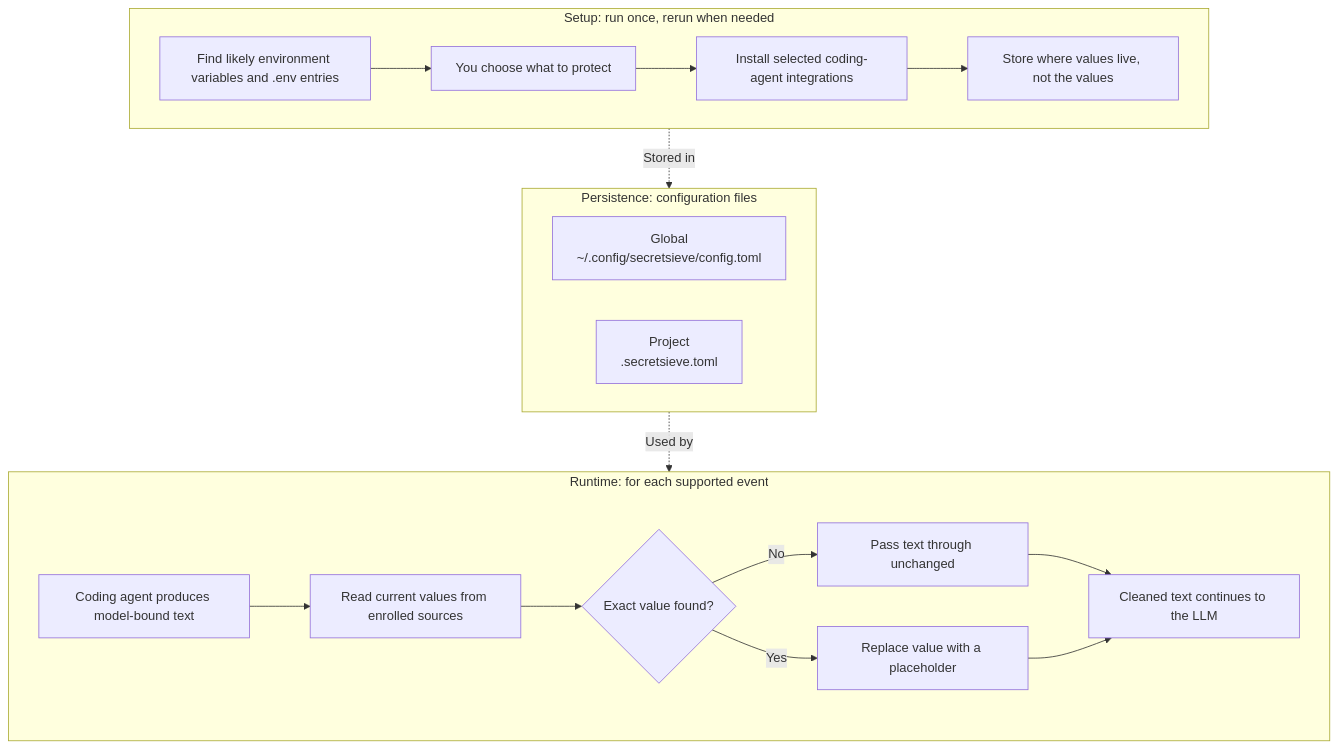
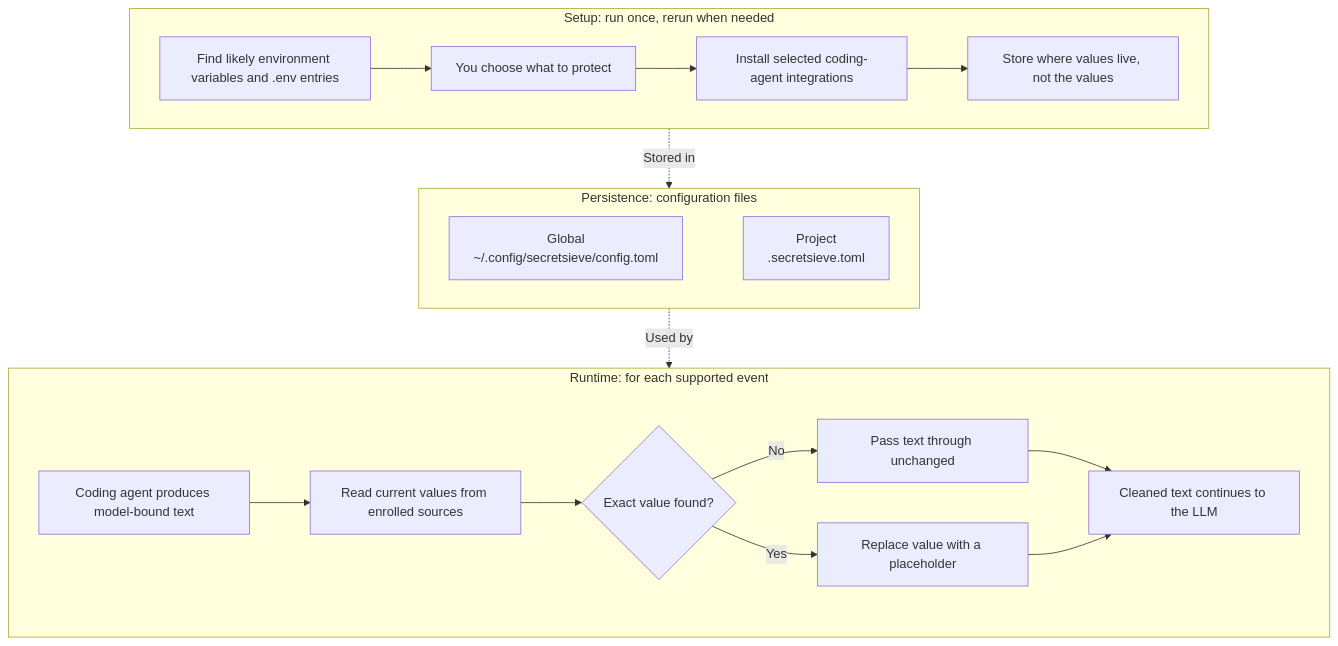
One commit to daniel-sc/contextveil changed the diagram in README.md. Above: the diagram before and after it, drawn with Mermaid. The commit also changed other lines of this file and 7 other files, not shown here.

````diff
--- a/README.md
+++ b/README.md
@@ -58,34 +58,35 @@
 ```mermaid
 flowchart TD
     subgraph setup [Setup: run once, rerun when needed]
         direction LR
         A[Find likely environment variables and .env entries]
         B[You choose what to protect]
         C[Install selected coding-agent integrations]
         D[Store where values live, not the values]
         A --> B --> C --> D
     end
 
 
     subgraph persistence [Persistence: configuration files]
       direction LR
       X[Global<br>~/.config/secretsieve/config.toml]
       Y[Project<br>.secretsieve.toml]
+      X ~~~ Y
     end
 
     subgraph runtime [Runtime: for each supported event]
         direction LR
         E[Coding agent produces model-bound text]
         F[Read current values from enrolled sources]
         G{Exact value found?}
         H[Pass text through unchanged]
         I[Replace value with a placeholder]
         J[Cleaned text continues to the LLM]
         E --> F --> G
         G -- No --> H --> J
         G -- Yes --> I --> J
     end
 
     setup -. Stored in .-> persistence
     persistence -. Used by .-> runtime
 ```
````
